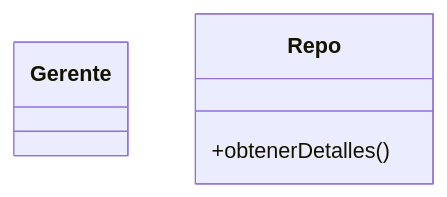
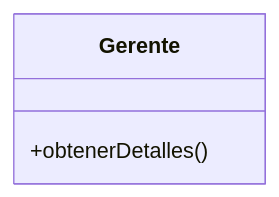
Before and after one commit to Mike-std-cpu/JS_Basic: the second of 2 diagrams in L15-JS/SobreEscritura.md, drawn with Mermaid. The commit also changed other lines of this file, not shown here.

````diff
--- a/L15-JS/SobreEscritura.md
+++ b/L15-JS/SobreEscritura.md
@@ -22,5 +22,5 @@
  ```mermaid
  classDiagram
  class Gerente
- Repo : +obtenerDetalles()
+ Gerente : +obtenerDetalles()
  ```
````
